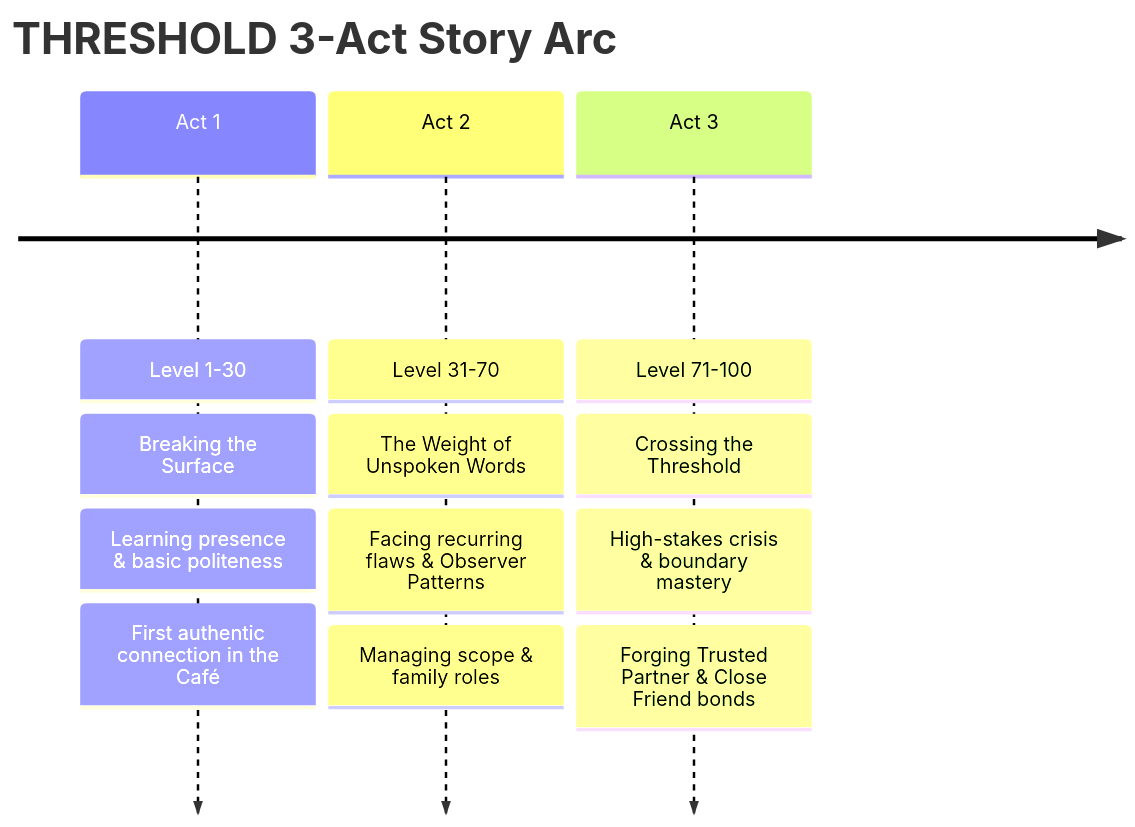
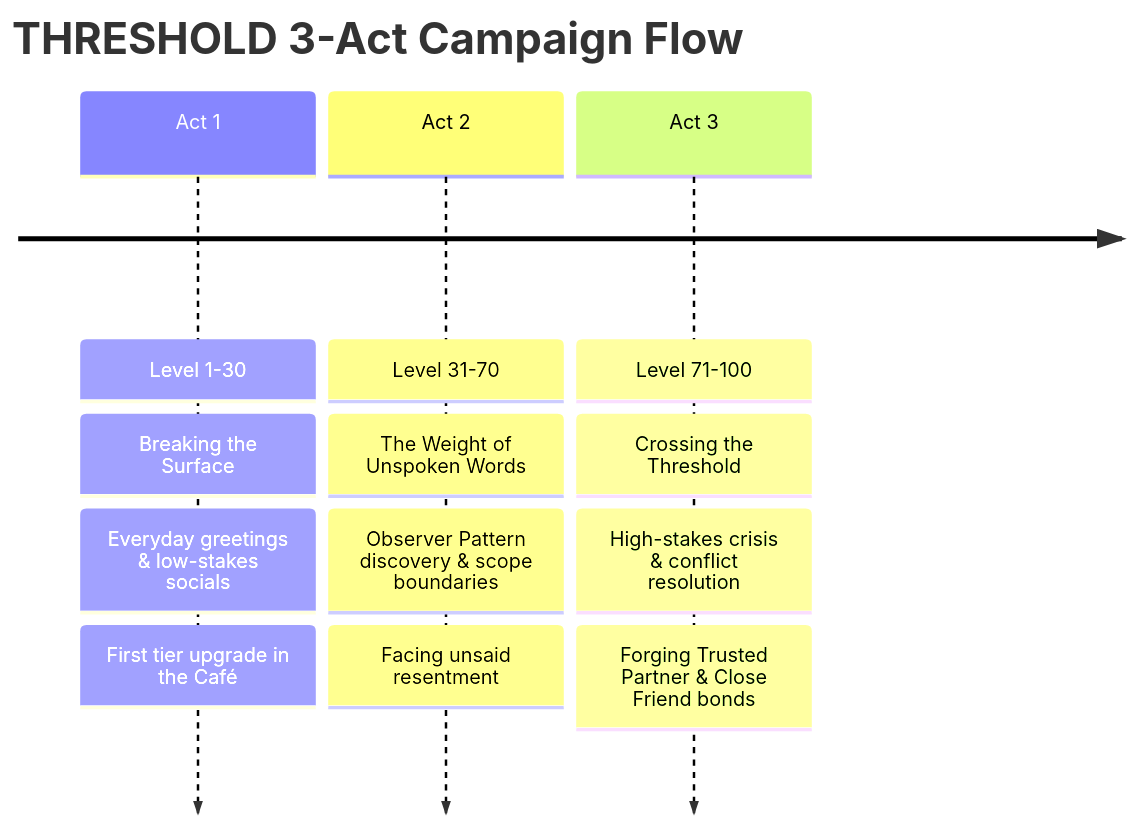
Before and after one commit to ahmad-ovh/THRESHOLD: the diagram in docs/world_lore_and_narrative_blueprint.md, drawn with Mermaid. The commit also changed other lines of this file, not shown here.

````diff
--- a/docs/world_lore_and_narrative_blueprint.md
+++ b/docs/world_lore_and_narrative_blueprint.md
@@ -92,7 +92,7 @@
 ```mermaid
 timeline
-    title THRESHOLD 3-Act Story Arc
-    Act 1 : Level 1-30 : Breaking the Surface : Learning presence & basic politeness : First authentic connection in the Café
-    Act 2 : Level 31-70 : The Weight of Unspoken Words : Facing recurring flaws & Observer Patterns : Managing scope & family roles
-    Act 3 : Level 71-100 : Crossing the Threshold : High-stakes crisis & boundary mastery : Forging Trusted Partner & Close Friend bonds
+    title THRESHOLD 3-Act Campaign Flow
+    Act 1 : Level 1-30 : Breaking the Surface : Everyday greetings & low-stakes socials : First tier upgrade in the Café
+    Act 2 : Level 31-70 : The Weight of Unspoken Words : Observer Pattern discovery & scope boundaries : Facing unsaid resentment
+    Act 3 : Level 71-100 : Crossing the Threshold : High-stakes crisis & conflict resolution : Forging Trusted Partner & Close Friend bonds
 ```
````
